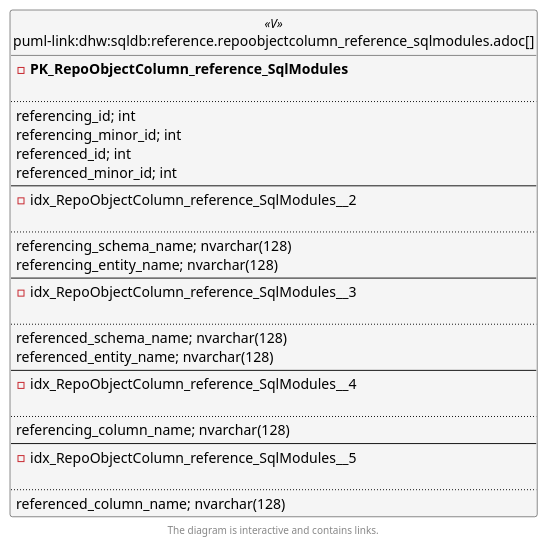
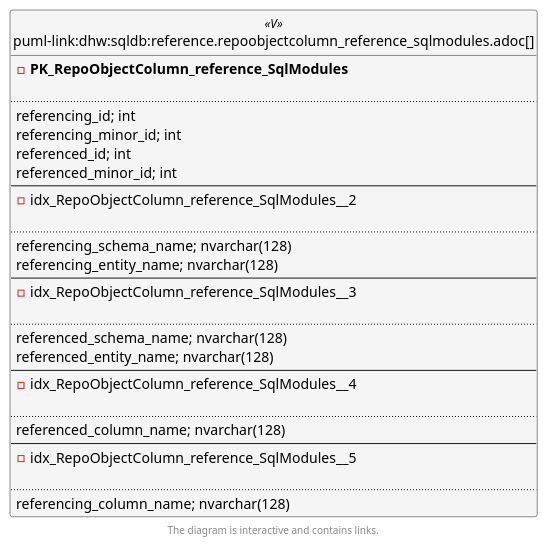
Before and after one commit to DataHandwerk/dhw-antora-sqldb: the second of 6 diagrams in docs/modules/sqldb/partials/content/reference.repoobjectcolumn_reference_sqlmodules.adoc, drawn with PlantUML. The commit also changed other lines of this file and 701 other files, not shown here.

```diff
--- a/docs/modules/sqldb/partials/content/reference.repoobjectcolumn_reference_sqlmodules.adoc
+++ b/docs/modules/sqldb/partials/content/reference.repoobjectcolumn_reference_sqlmodules.adoc
@@ -1135,68 +1135,68 @@
 [plantuml, entity_1_1_fk-{docname}, svg, subs=macros]
 ....
 @startuml
 left to right direction
 'top to bottom direction
 hide circle
 'avoide "." issues:
 set namespaceSeparator none
 
 
 skinparam class {
   BackgroundColor White
   BackgroundColor<<FN>> Yellow
   BackgroundColor<<FS>> Yellow
   BackgroundColor<<FT>> LightGray
   BackgroundColor<<IF>> Yellow
   BackgroundColor<<IS>> Yellow
   BackgroundColor<<P>>  Aqua
   BackgroundColor<<PC>> Aqua
   BackgroundColor<<SN>> Yellow
   BackgroundColor<<SO>> SlateBlue
   BackgroundColor<<TF>> LightGray
   BackgroundColor<<TR>> Tomato
   BackgroundColor<<U>>  White
   BackgroundColor<<V>>  WhiteSmoke
   BackgroundColor<<X>>  Aqua
   BackgroundColor<<external>> AliceBlue
 }
 
 
 entity "puml-link:dhw:sqldb:reference.repoobjectcolumn_reference_sqlmodules.adoc[]" as reference.RepoObjectColumn_reference_SqlModules << V >> {
 - **PK_RepoObjectColumn_reference_SqlModules**
 
 ..
 referencing_id; int
 referencing_minor_id; int
 referenced_id; int
 referenced_minor_id; int
 --
 - idx_RepoObjectColumn_reference_SqlModules__2
 
 ..
 referencing_schema_name; nvarchar(128)
 referencing_entity_name; nvarchar(128)
 --
 - idx_RepoObjectColumn_reference_SqlModules__3
 
 ..
 referenced_schema_name; nvarchar(128)
 referenced_entity_name; nvarchar(128)
 --
 - idx_RepoObjectColumn_reference_SqlModules__4
 
 ..
-referencing_column_name; nvarchar(128)
+referenced_column_name; nvarchar(128)
 --
 - idx_RepoObjectColumn_reference_SqlModules__5
 
 ..
-referenced_column_name; nvarchar(128)
+referencing_column_name; nvarchar(128)
 }
 
 
 
 footer The diagram is interactive and contains links.
 
 @enduml
 ....
```
